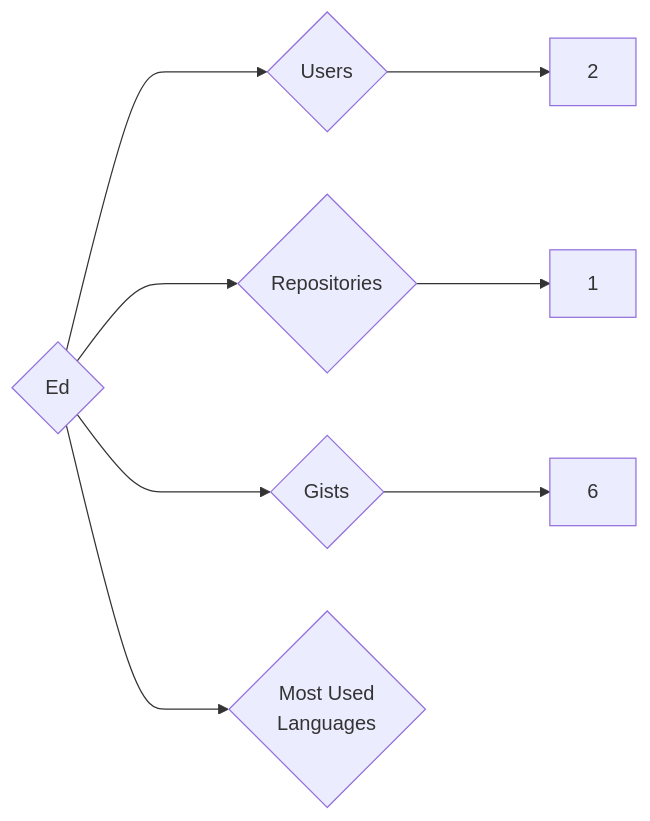
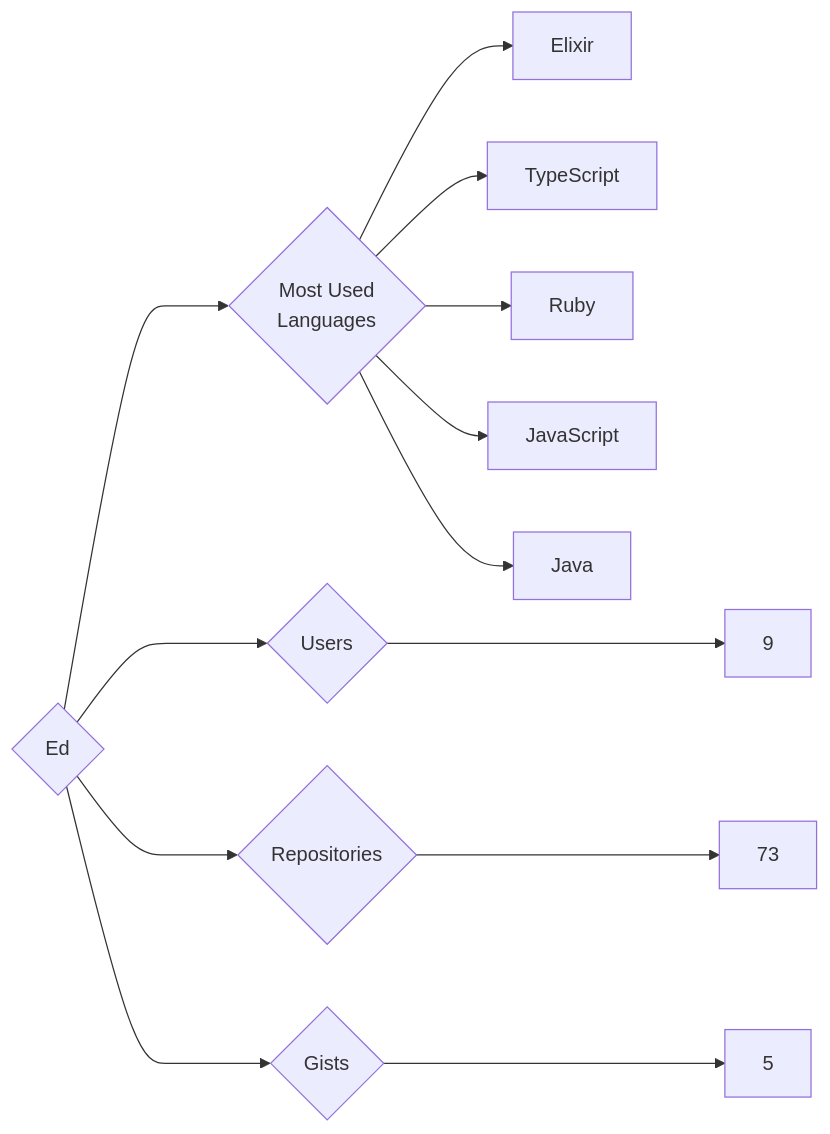
The diagram in targets/Ed/README.md (trickest/insiders), drawn with Mermaid before and after one commit. The commit also changed 938 other files, not shown here.

````diff
--- a/targets/Ed/README.md
+++ b/targets/Ed/README.md
@@ -3,8 +3,13 @@
 ```mermaid
 graph LR
 COMPANY_NAME{Ed}
-COMPANY_NAME ---> U{Users} ---> UN[2]
-COMPANY_NAME ---> R{Repositories} ---> RN[1]
-COMPANY_NAME ---> G{Gists} ---> GN[6]
+COMPANY_NAME ---> U{Users} ---> UN[9]
+COMPANY_NAME ---> R{Repositories} ---> RN[73]
+COMPANY_NAME ---> G{Gists} ---> GN[5]
 COMPANY_NAME ---> ML{Most Used<br>Languages}
+ML --> Elixir[Elixir]
+ML --> TypeScript[TypeScript]
+ML --> Ruby[Ruby]
+ML --> JavaScript[JavaScript]
+ML --> Java[Java]
 ```
````
